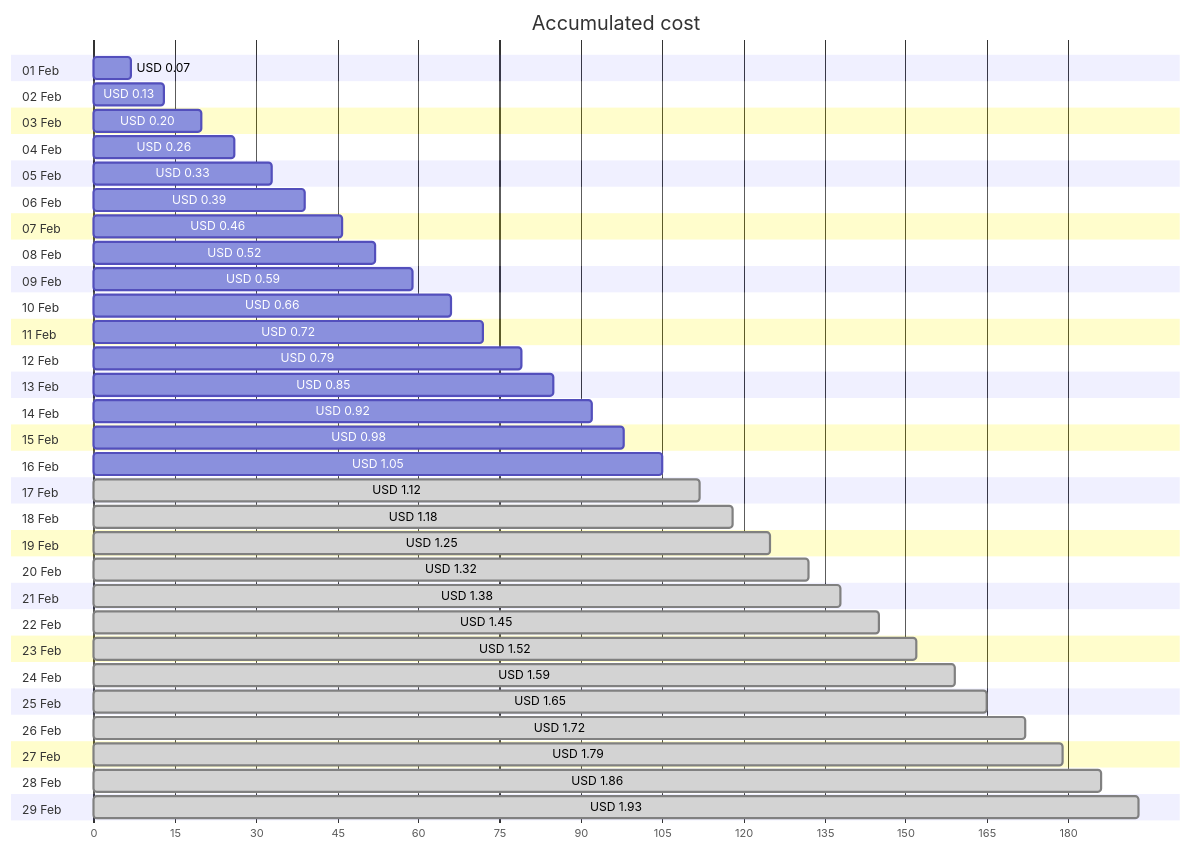
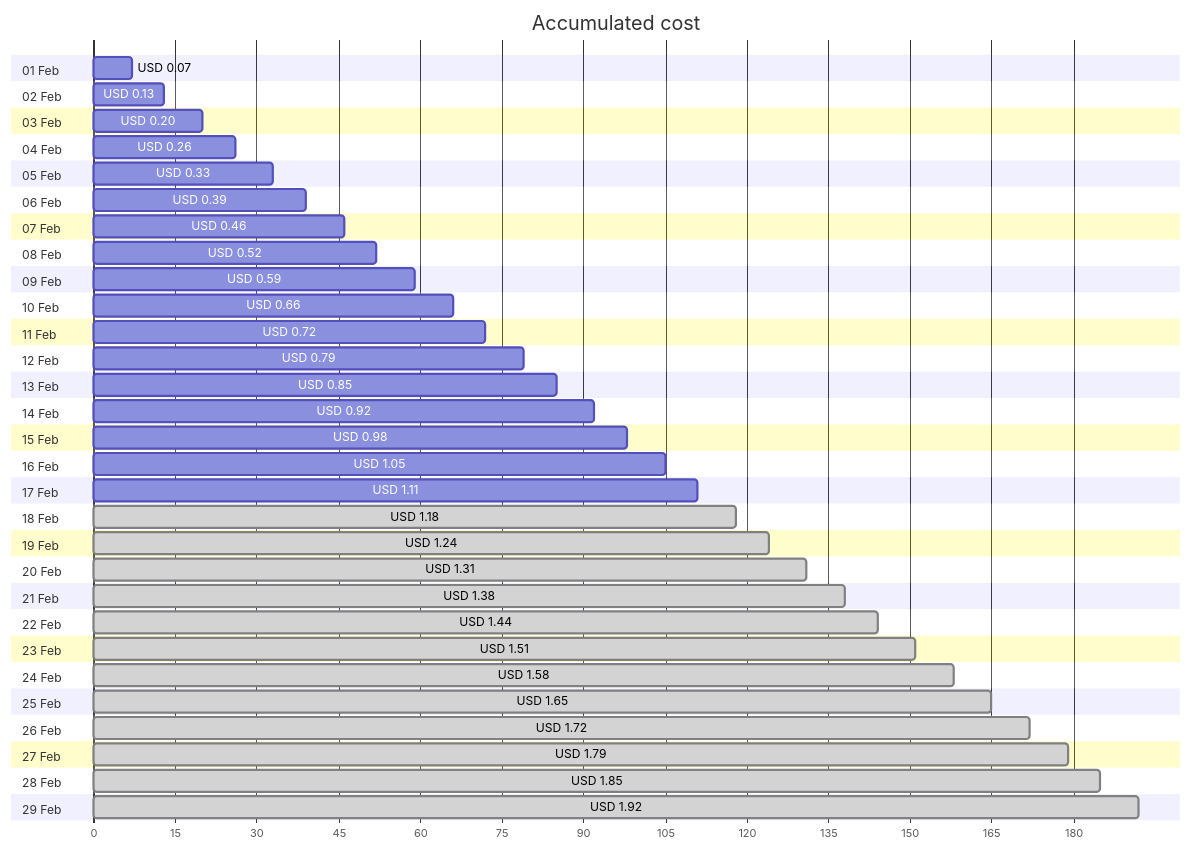
The first of 4 diagrams in cost-reports/personal-network/vpn-server_OsDisk.md (jpfulton/azure-personal-reports), drawn with Mermaid before and after one commit. The commit also changed other lines of this file and 8 other files, not shown here.

````diff
--- a/cost-reports/personal-network/vpn-server_OsDisk.md
+++ b/cost-reports/personal-network/vpn-server_OsDisk.md
@@ -20,64 +20,64 @@
 ```mermaid
 gantt
    title Accumulated cost
    dateFormat  X
    axisFormat %s
    section 01 Feb
    USD 0.07 :0, 7
    section 02 Feb
    USD 0.13 :0, 13
    section 03 Feb
    USD 0.20 :0, 20
    section 04 Feb
    USD 0.26 :0, 26
    section 05 Feb
    USD 0.33 :0, 33
    section 06 Feb
    USD 0.39 :0, 39
    section 07 Feb
    USD 0.46 :0, 46
    section 08 Feb
    USD 0.52 :0, 52
    section 09 Feb
    USD 0.59 :0, 59
    section 10 Feb
    USD 0.66 :0, 66
    section 11 Feb
    USD 0.72 :0, 72
    section 12 Feb
    USD 0.79 :0, 79
    section 13 Feb
    USD 0.85 :0, 85
    section 14 Feb
    USD 0.92 :0, 92
    section 15 Feb
    USD 0.98 :0, 98
    section 16 Feb
    USD 1.05 :0, 105
    section 17 Feb
-   USD 1.12 : done, 0, 112
+   USD 1.11 :0, 111
    section 18 Feb
    USD 1.18 : done, 0, 118
    section 19 Feb
-   USD 1.25 : done, 0, 125
+   USD 1.24 : done, 0, 124
    section 20 Feb
-   USD 1.32 : done, 0, 132
+   USD 1.31 : done, 0, 131
    section 21 Feb
    USD 1.38 : done, 0, 138
    section 22 Feb
-   USD 1.45 : done, 0, 145
+   USD 1.44 : done, 0, 144
    section 23 Feb
-   USD 1.52 : done, 0, 152
+   USD 1.51 : done, 0, 151
    section 24 Feb
-   USD 1.59 : done, 0, 159
+   USD 1.58 : done, 0, 158
    section 25 Feb
    USD 1.65 : done, 0, 165
    section 26 Feb
    USD 1.72 : done, 0, 172
    section 27 Feb
    USD 1.79 : done, 0, 179
    section 28 Feb
-   USD 1.86 : done, 0, 186
+   USD 1.85 : done, 0, 185
    section 29 Feb
-   USD 1.93 : done, 0, 193
+   USD 1.92 : done, 0, 192
 ```
````
